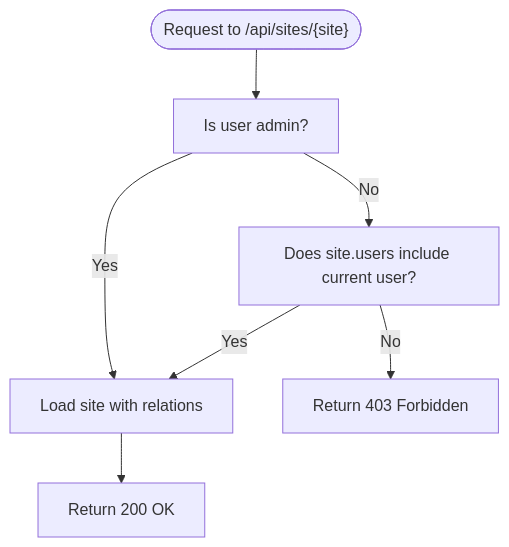
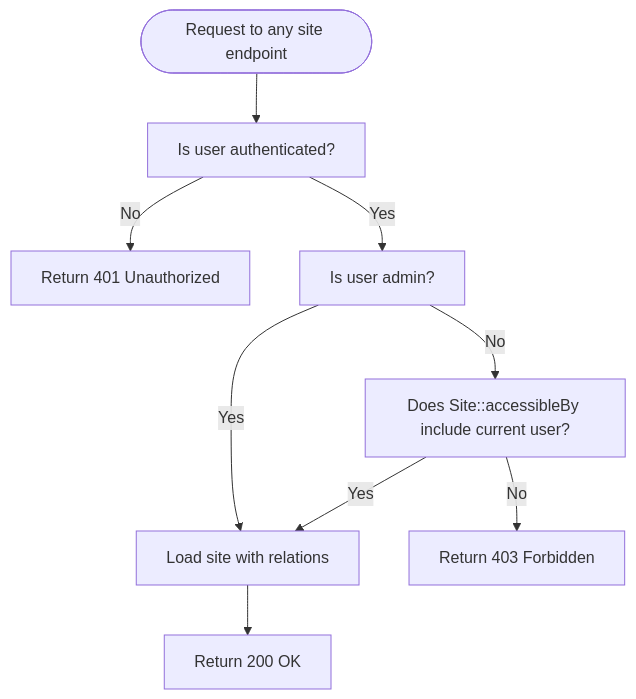
Before and after one commit to FCS-WP/website_portal: the sixth of 10 diagrams in .qoder/repowiki/en/content/Site Management System/Site User Management.md, drawn with Mermaid. The commit also changed other lines of this file and 30 other files, not shown here.

````diff
--- a/.qoder/repowiki/en/content/Site Management System/Site User Management.md
+++ b/.qoder/repowiki/en/content/Site Management System/Site User Management.md
@@ -250,9 +350,11 @@
 ```mermaid
 flowchart TD
-Start(["Request to /api/sites/{site}"]) --> CheckRole["Is user admin?"]
+Start(["Request to any site endpoint"]) --> CheckAuth["Is user authenticated?"]
+CheckAuth --> |No| Unauthorized["Return 401 Unauthorized"]
+CheckAuth --> |Yes| CheckRole["Is user admin?"]
 CheckRole --> |Yes| LoadData["Load site with relations"]
-CheckRole --> |No| CheckAssignment["Does site.users include current user?"]
+CheckRole --> |No| CheckAssignment["Does Site::accessibleBy include current user?"]
 CheckAssignment --> |Yes| LoadData
 CheckAssignment --> |No| Forbidden["Return 403 Forbidden"]
 LoadData --> ReturnOK["Return 200 OK"]
 ```
````
